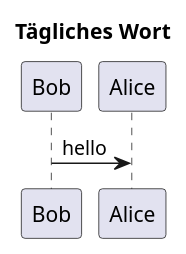
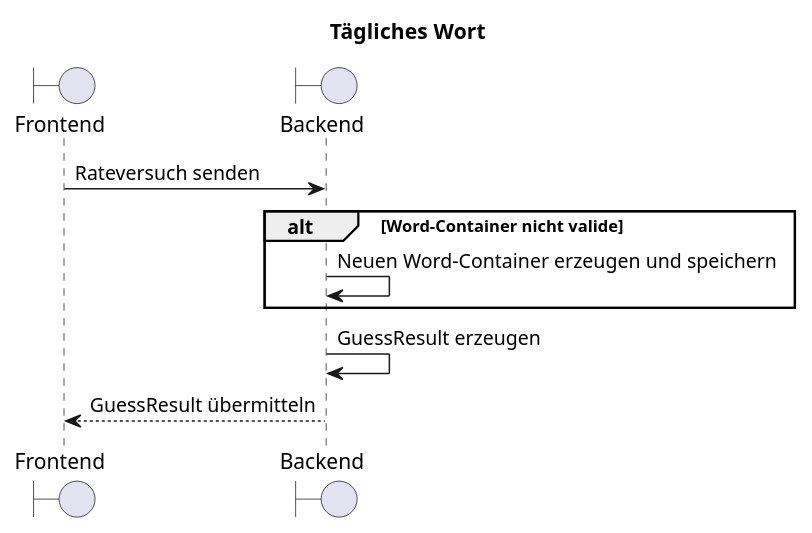
One commit to wordle-time/wordle-time changed the diagram in docs/requirements-src/F004/F004-seq.plantuml. Above: the diagram before and after it, drawn with PlantUML. The commit also changed 4 other files, not shown here.

Commit message:
F004 activity and sequence diagrams

```diff
--- a/docs/requirements-src/F004/F004-seq.plantuml
+++ b/docs/requirements-src/F004/F004-seq.plantuml
@@ -1,5 +1,13 @@
 @startuml F004_seq
 title "Tägliches Wort"
 
-Bob -> Alice : hello
+boundary "Frontend" as frontend
+boundary "Backend" as backend
+
+frontend -> backend: Rateversuch senden
+alt Word-Container nicht valide
+    backend -> backend: Neuen Word-Container erzeugen und speichern
+end
+backend -> backend: GuessResult erzeugen
+frontend <-- backend: GuessResult übermitteln
 @enduml
```
